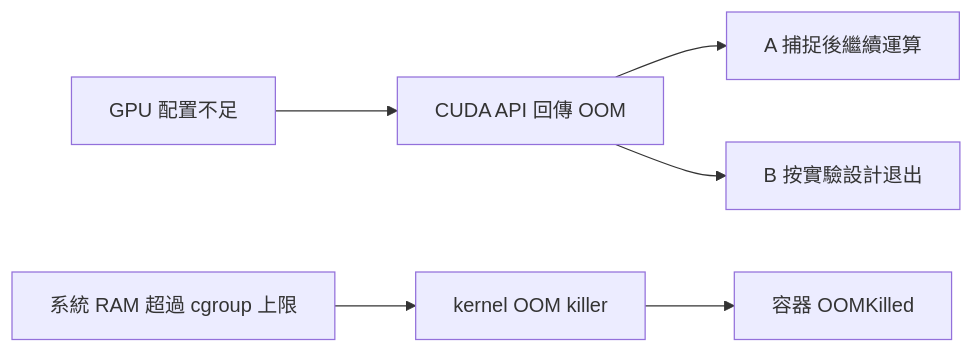
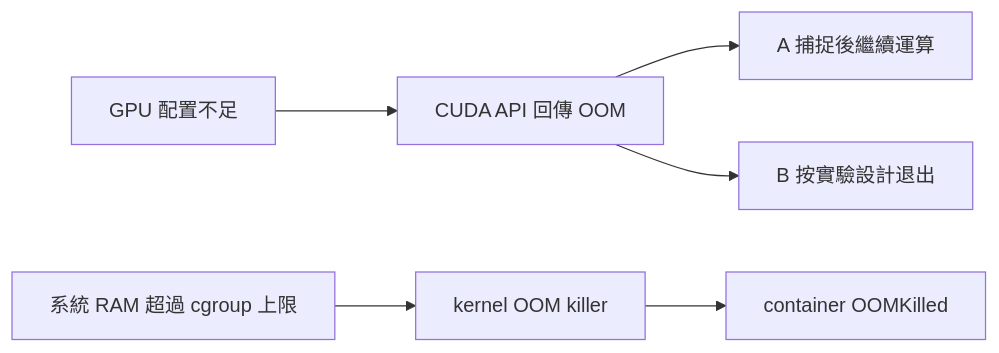
Before and after one commit to Daniel77871/dra-gpu-sharing-in-practice: the third of 5 diagrams in book/03-oom/README.md, drawn with Mermaid. The commit also changed other lines of this file and 80 other files, not shown here.

````diff
--- a/book/03-oom/README.md
+++ b/book/03-oom/README.md
@@ -59,8 +59,8 @@
 ```mermaid
 flowchart LR
     V["GPU 配置不足"] --> E["CUDA API 回傳 OOM"]
     E --> A["A 捕捉後繼續運算"]
     E --> B["B 按實驗設計退出"]
     R["系統 RAM 超過 cgroup 上限"] --> K["kernel OOM killer"]
-    K --> X["容器 OOMKilled"]
+    K --> X["container OOMKilled"]
 ```
````
